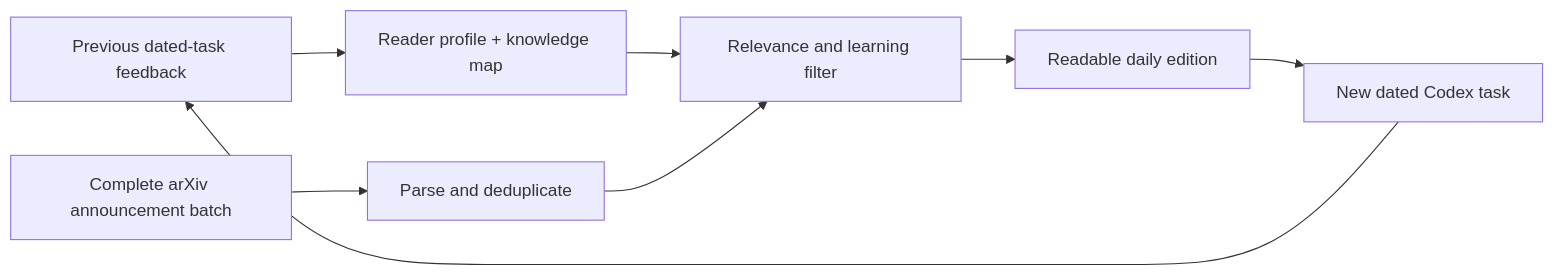
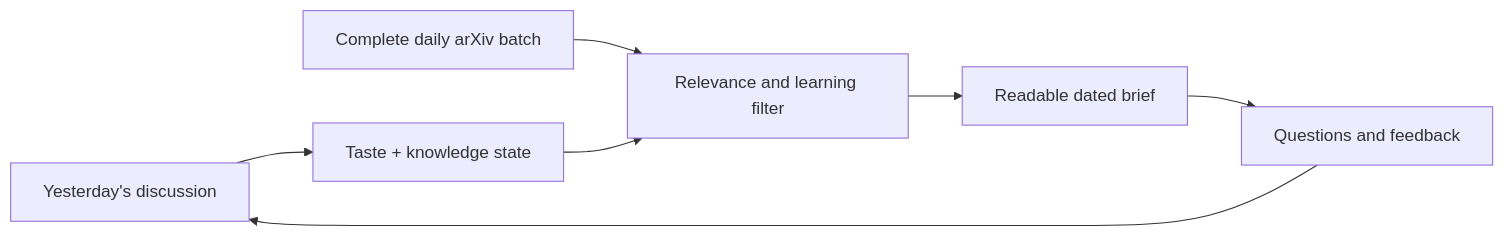
The diagram in README.md (vanjaoljaca/arxiv-daily-brief), drawn with Mermaid before and after one commit. The commit also changed other lines of this file and 3 other files, not shown here.

First line of the commit message:
Reframe as an installable interactive arXiv brief (#1)

````diff
--- a/README.md
+++ b/README.md
@@ -19,10 +27,9 @@
 ```mermaid
 flowchart LR
-    A["Previous dated-task feedback"] --> B["Reader profile + knowledge map"]
-    C["Complete arXiv announcement batch"] --> D["Parse and deduplicate"]
-    B --> E["Relevance and learning filter"]
-    D --> E
-    E --> F["Readable daily edition"]
-    F --> G["New dated Codex task"]
-    G --> A
+    A["Yesterday's discussion"] --> B["Taste + knowledge state"]
+    C["Complete daily arXiv batch"] --> D["Relevance and learning filter"]
+    B --> D
+    D --> E["Readable dated brief"]
+    E --> F["Questions and feedback"]
+    F --> A
 ```
````
